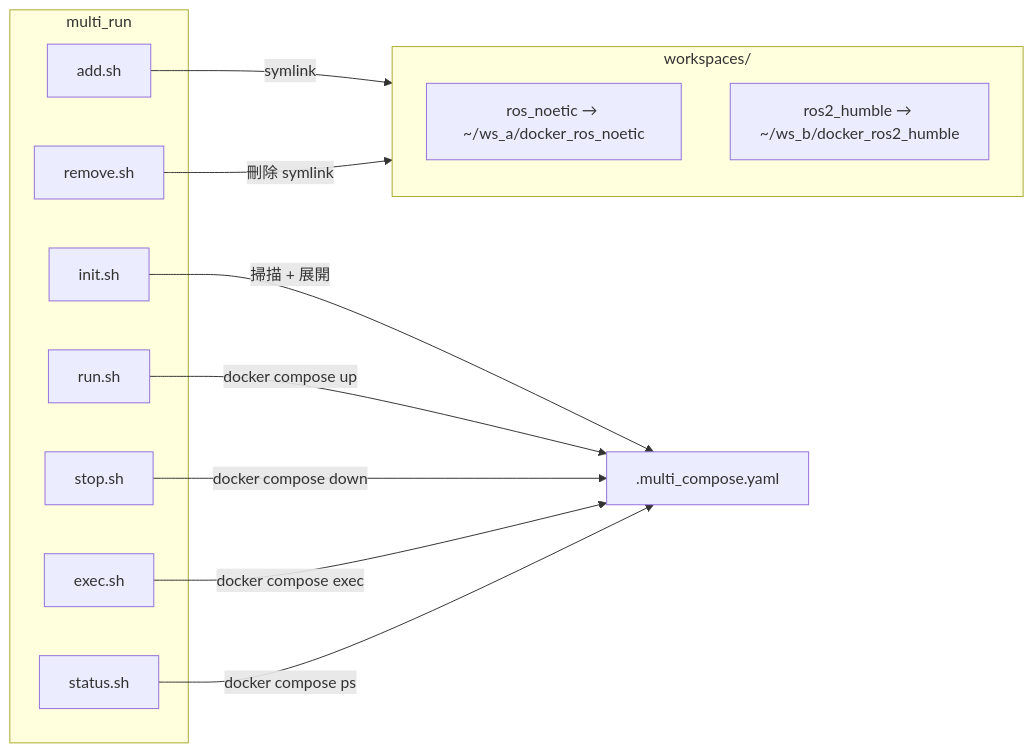
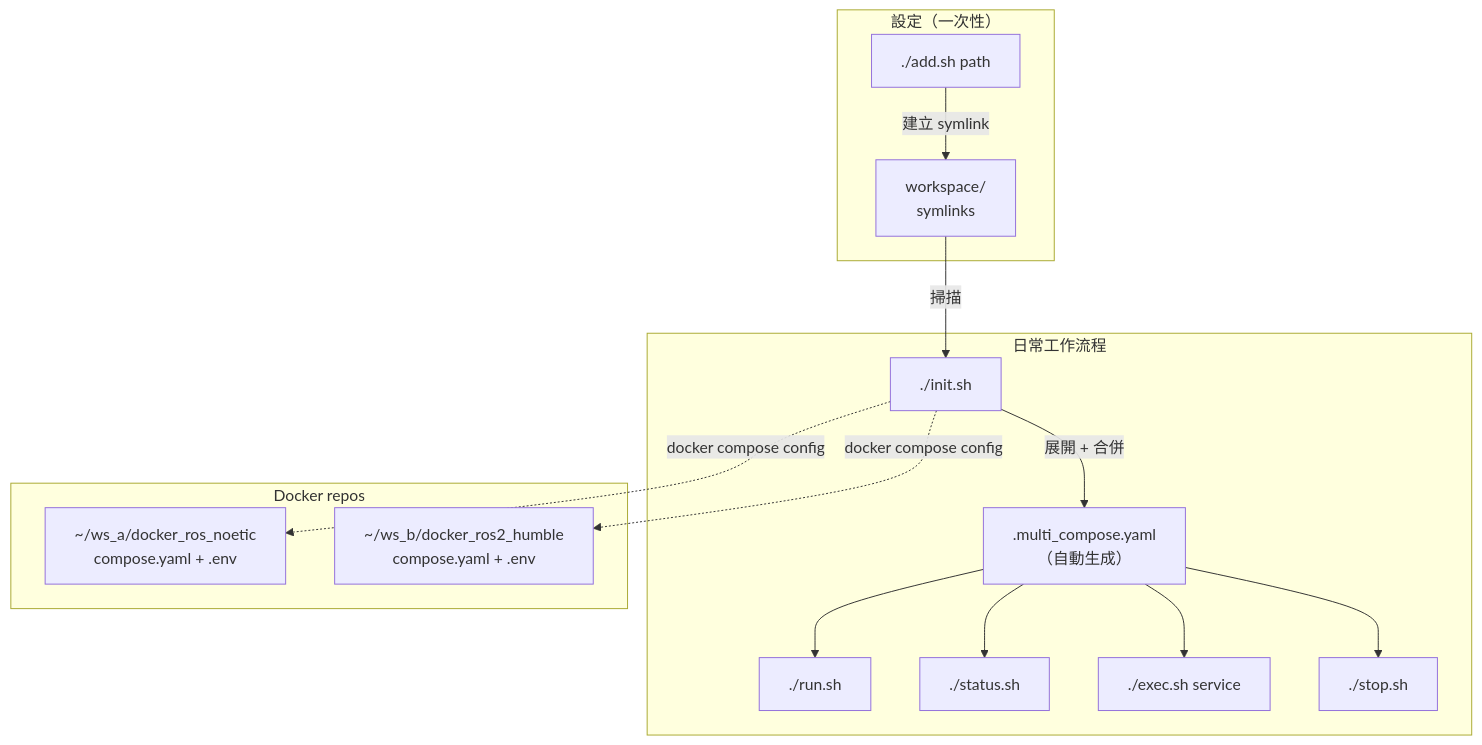
Before and after one commit to ycpss91255-docker/multi_run: the diagram in doc/readme/README.zh-TW.md, drawn with Mermaid. The commit also changed other lines of this file and 19 other files, not shown here.

First line of the commit message:
refactor: rename scripts/ → script/, workspaces/ → workspace/

````diff
--- a/doc/readme/README.zh-TW.md
+++ b/doc/readme/README.zh-TW.md
@@ -34,25 +159,32 @@
 ```mermaid
-flowchart LR
-    subgraph multi_run
-        add["add.sh"]
-        init["init.sh"]
-        run["run.sh"]
-        stop["stop.sh"]
-        exec["exec.sh"]
-        status["status.sh"]
-        remove["remove.sh"]
+flowchart TD
+    subgraph "設定（一次性）"
+        add["./add.sh path"]
+        ws["workspace/<br/>symlinks"]
+        add -->|"建立 symlink"| ws
     end
 
-    subgraph workspaces["workspaces/"]
-        ws_a["ros_noetic → ~/ws_a/docker_ros_noetic"]
-        ws_b["ros2_humble → ~/ws_b/docker_ros2_humble"]
+    subgraph "日常工作流程"
+        init["./init.sh"]
+        compose[".multi_compose.yaml<br/>（自動生成）"]
+        run["./run.sh"]
+        status["./status.sh"]
+        exec["./exec.sh service"]
+        stop["./stop.sh"]
+
+        ws -->|"掃描"| init
+        init -->|"展開 + 合併"| compose
+        compose --> run
+        compose --> status
+        compose --> exec
+        compose --> stop
     end
 
-    add -->|"symlink"| workspaces
-    init -->|"掃描 + 展開"| compose[".multi_compose.yaml"]
-    run -->|"docker compose up"| compose
-    stop -->|"docker compose down"| compose
-    exec -->|"docker compose exec"| compose
-    status -->|"docker compose ps"| compose
-    remove -->|"刪除 symlink"| workspaces
+    subgraph "Docker repos"
+        repo_a["~/ws_a/docker_ros_noetic<br/>compose.yaml + .env"]
+        repo_b["~/ws_b/docker_ros2_humble<br/>compose.yaml + .env"]
+    end
+
+    init -.->|"docker compose config"| repo_a
+    init -.->|"docker compose config"| repo_b
 ```
````
